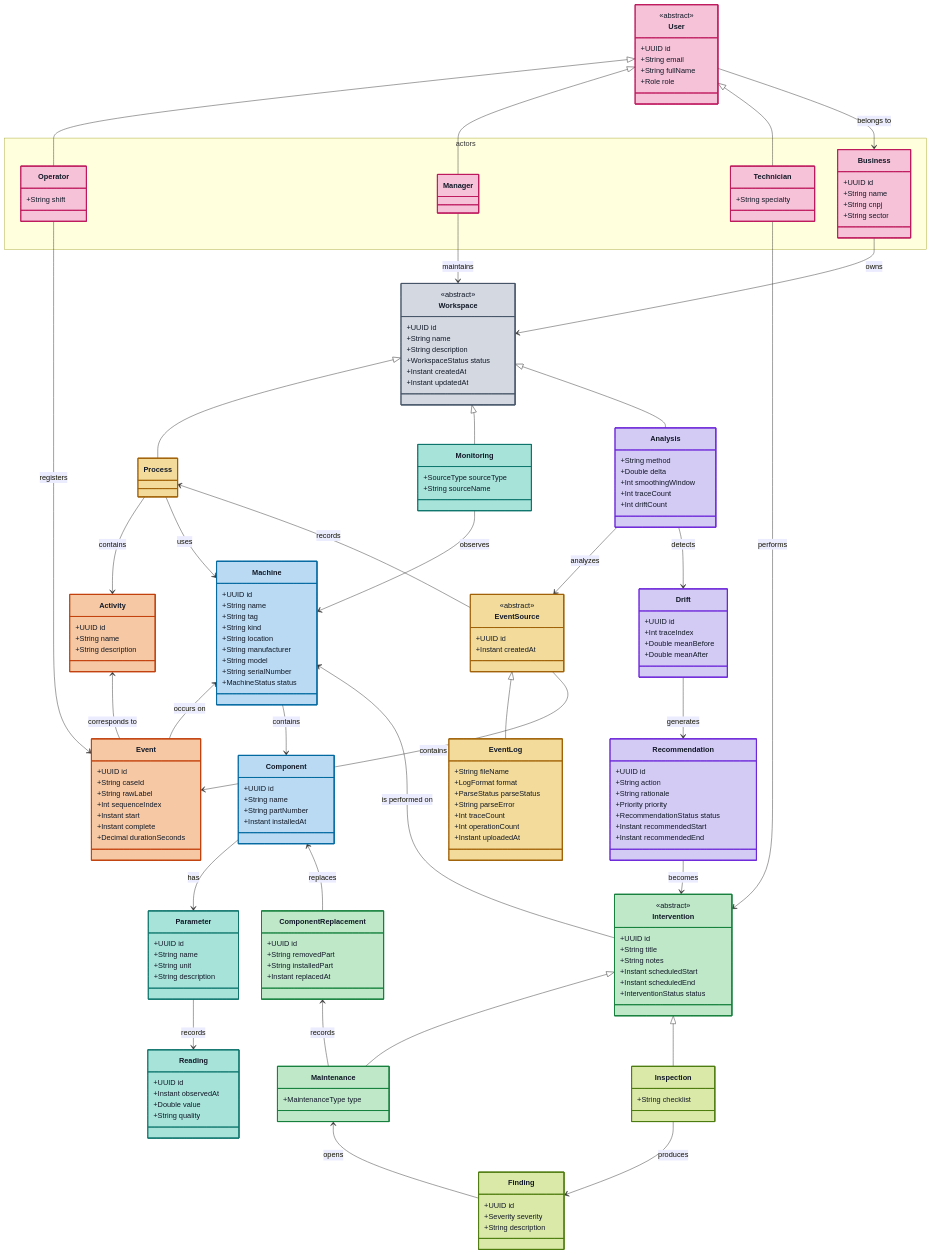
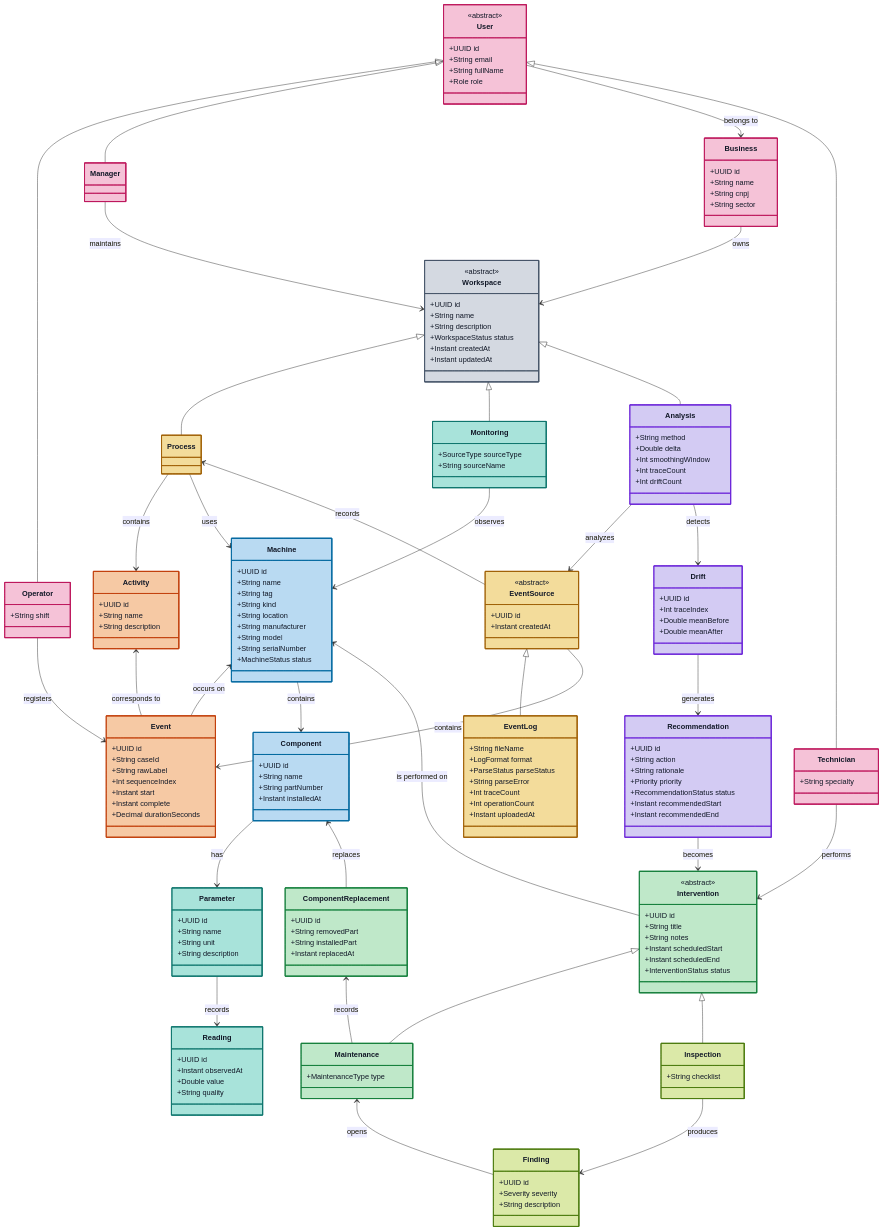
Before and after one commit to aland3r/deviante-docs: the fourth of 13 diagrams in architecture/arc42.md, drawn with Mermaid.

Commit message:
arc42 §5.3: remove namespace actors do diagrama de classes
Business é empresa (belongs to / owns), não actor. O quadro
era só gambiarra de layout do Mermaid e não faz parte do modelo.

```diff
--- a/architecture/arc42.md
+++ b/architecture/arc42.md
@@ -407,20 +407,18 @@
       +String fullName
       +Role role
     }
-    namespace actors {
-      class Operator {
-        +String shift
-      }
-      class Manager
-      class Business {
-        +UUID id
-        +String name
-        +String cnpj
-        +String sector
-      }
-      class Technician {
-        +String specialty
-      }
+    class Operator {
+      +String shift
+    }
+    class Manager
+    class Business {
+      +UUID id
+      +String name
+      +String cnpj
+      +String sector
+    }
+    class Technician {
+      +String specialty
     }
     class Workspace {
       <<abstract>>
@@ -544,14 +542,14 @@
 
     User <|-- Operator
     User <|-- Manager
+    User --> Business : belongs to
     User <|-- Technician
-    User --> Business : belongs to
     Business --> Workspace : owns
+    Manager --> Workspace : maintains
 
     Workspace <|-- Process
     Workspace <|-- Monitoring
     Workspace <|-- Analysis
-    Manager --> Workspace : maintains
 
     Process --> Activity : contains
     Process --> Machine : uses
```
